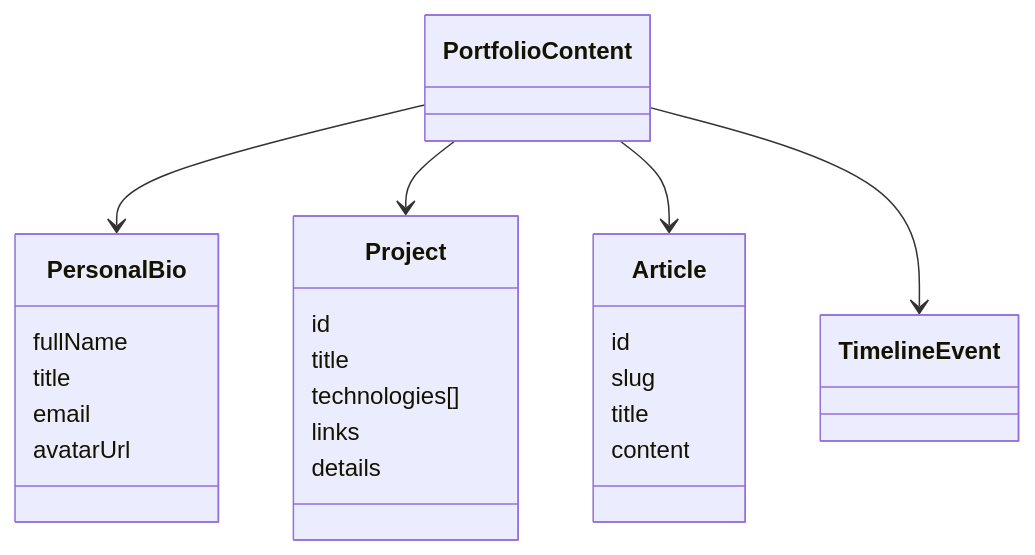
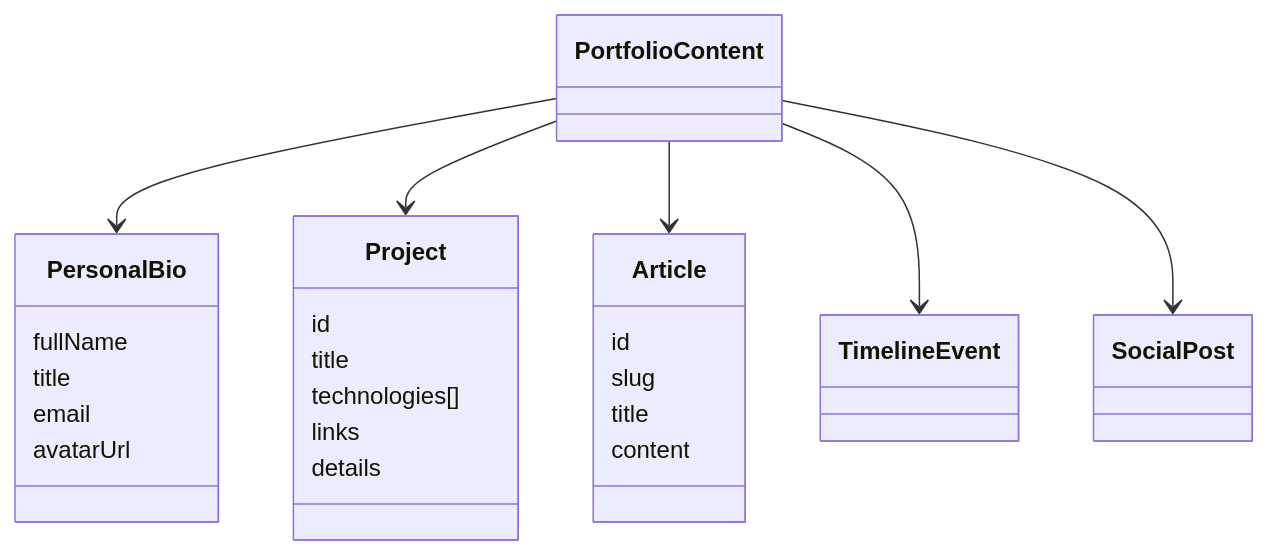
Before and after one commit to SidheshwarSarangal/portfoionew: the third of 5 diagrams in docs/CONTENT_ARCHITECTURE.md, drawn with Mermaid. The commit also changed other lines of this file and 89 other files, not shown here.

````diff
--- a/docs/CONTENT_ARCHITECTURE.md
+++ b/docs/CONTENT_ARCHITECTURE.md
@@ -55,26 +56,27 @@
 ```mermaid
 classDiagram
   PortfolioContent --> PersonalBio
   PortfolioContent --> Project
   PortfolioContent --> Article
   PortfolioContent --> TimelineEvent
+  PortfolioContent --> SocialPost
   class Project {
     id
     title
     technologies[]
     links
     details
   }
   class Article {
     id
     slug
     title
     content
   }
   class PersonalBio {
     fullName
     title
     email
     avatarUrl
   }
 ```
````
